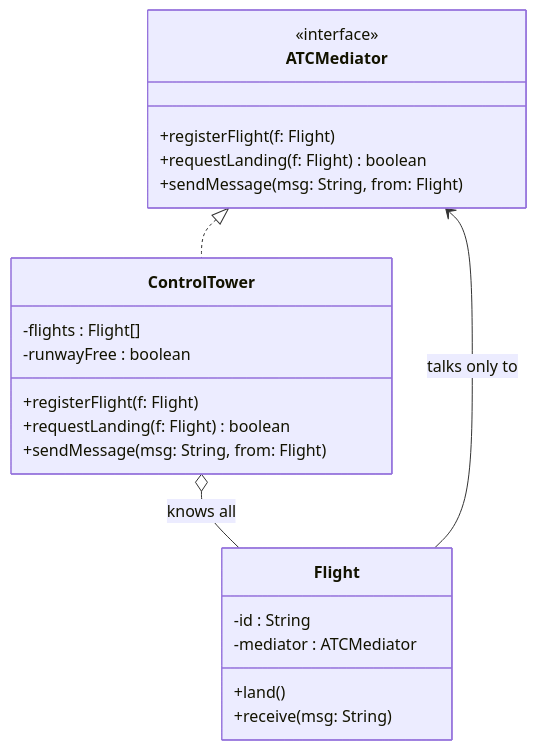
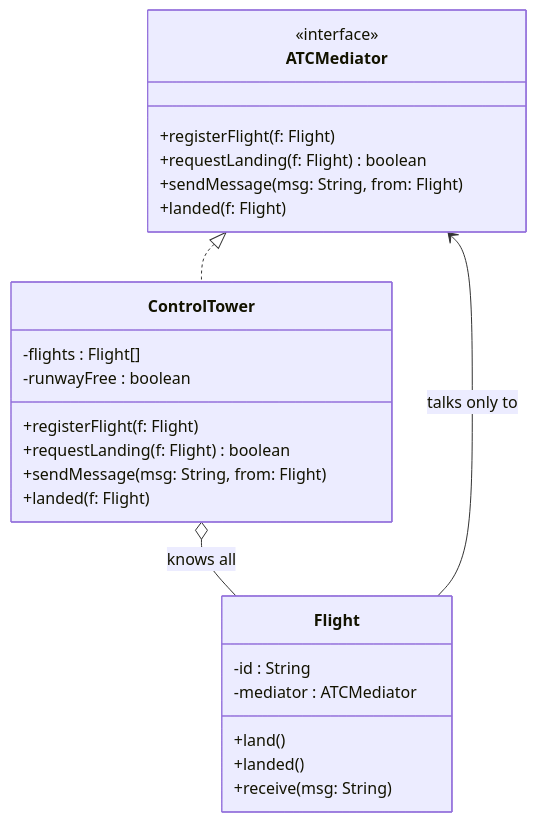
Before and after one commit to TJ-Paul/CSE213-SWE-TF: the fourth of 17 diagrams in 01 IJ/IJ-2 Behavioral Design Patterns.md, drawn with Mermaid. The commit also changed other lines of this file and 18 other files, not shown here.

````diff
--- a/01 IJ/IJ-2 Behavioral Design Patterns.md
+++ b/01 IJ/IJ-2 Behavioral Design Patterns.md
@@ -307,25 +307,28 @@
 ```mermaid
 classDiagram
     class ATCMediator {
         <<interface>>
         +registerFlight(f: Flight)
         +requestLanding(f: Flight) boolean
         +sendMessage(msg: String, from: Flight)
+        +landed(f: Flight)
     }
     class ControlTower {
         -flights : Flight[]
         -runwayFree : boolean
         +registerFlight(f: Flight)
         +requestLanding(f: Flight) boolean
         +sendMessage(msg: String, from: Flight)
+        +landed(f: Flight)
     }
     class Flight {
         -id : String
         -mediator : ATCMediator
         +land()
+        +landed()
         +receive(msg: String)
     }
     ATCMediator <|.. ControlTower
     Flight --> ATCMediator : talks only to
     ControlTower o-- Flight : knows all
 ```
````
